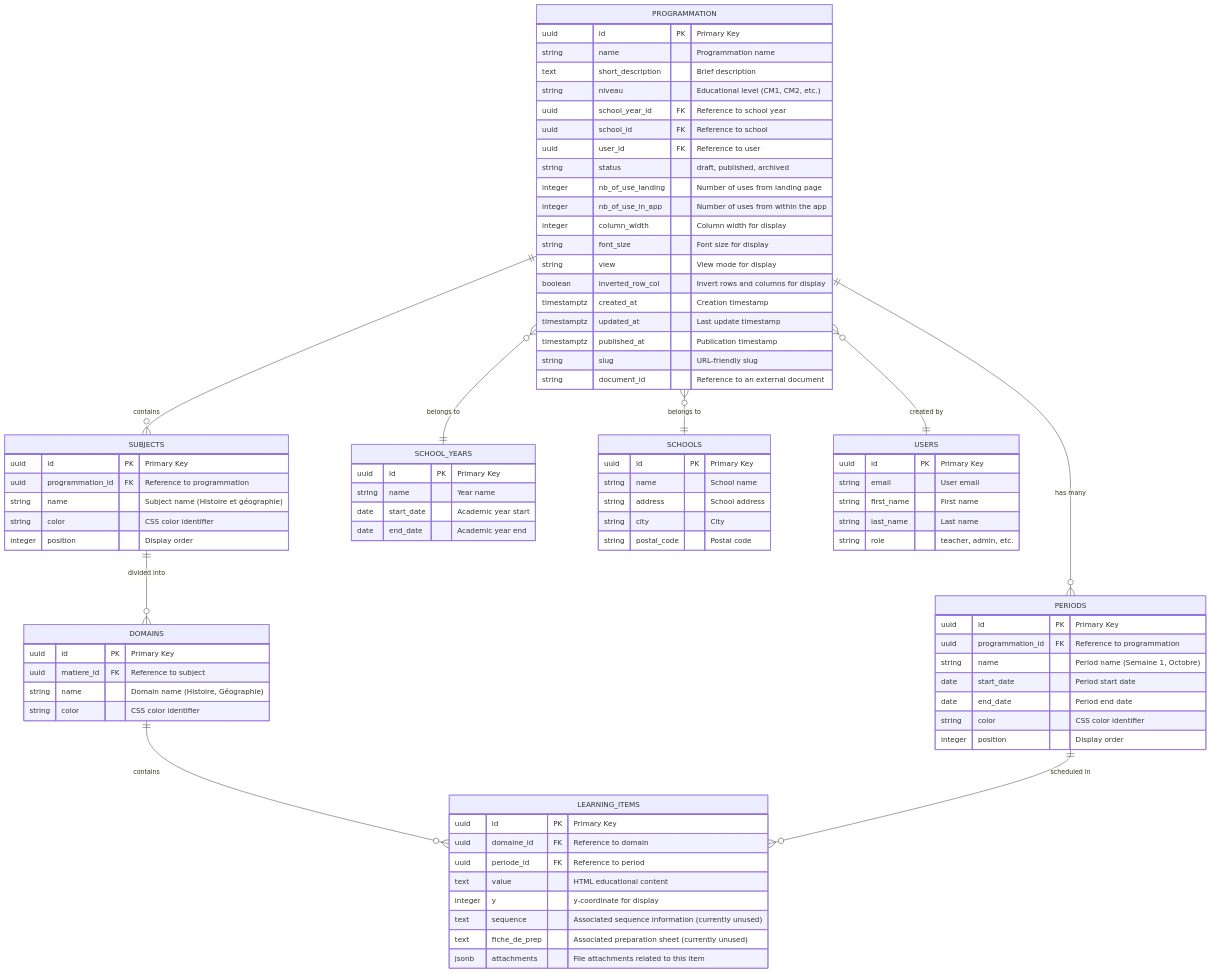
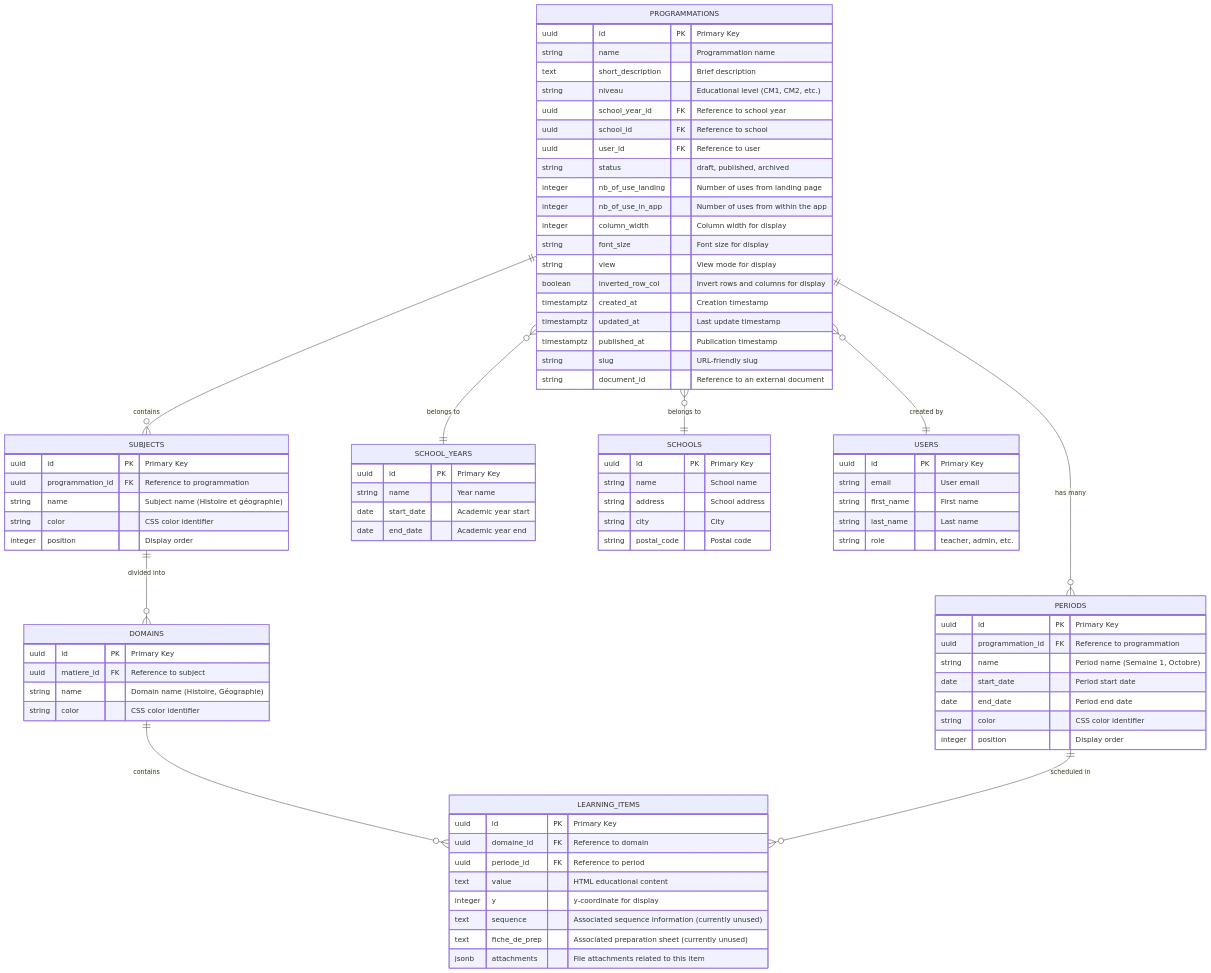
Before and after one commit to ghermet/teetsh-progression: the diagram in docs/diagrams/01-database-erd.mmd, drawn with Mermaid. The commit also changed 17 other files, not shown here.

```diff
--- a/docs/diagrams/01-database-erd.mmd
+++ b/docs/diagrams/01-database-erd.mmd
@@ -1,92 +1,92 @@
 erDiagram
-    PROGRAMMATION {
+    PROGRAMMATIONS {
         uuid id PK "Primary Key"
         string name "Programmation name"
         text short_description "Brief description"
         string niveau "Educational level (CM1, CM2, etc.)"
         uuid school_year_id FK "Reference to school year"
         uuid school_id FK "Reference to school"
         uuid user_id FK "Reference to user"
         string status "draft, published, archived"
         integer nb_of_use_landing "Number of uses from landing page"
         integer nb_of_use_in_app "Number of uses from within the app"
         integer column_width "Column width for display"
         string font_size "Font size for display"
         string view "View mode for display"
         boolean inverted_row_col "Invert rows and columns for display"
         timestamptz created_at "Creation timestamp"
         timestamptz updated_at "Last update timestamp"
         timestamptz published_at "Publication timestamp"
         string slug "URL-friendly slug"
         string document_id "Reference to an external document"
     }
 
     PERIODS {
         uuid id PK "Primary Key"
         uuid programmation_id FK "Reference to programmation"
         string name "Period name (Semaine 1, Octobre)"
         date start_date "Period start date"
         date end_date "Period end date"
         string color "CSS color identifier"
         integer position "Display order"
     }
 
     SUBJECTS {
         uuid id PK "Primary Key"
         uuid programmation_id FK "Reference to programmation"
         string name "Subject name (Histoire et géographie)"
         string color "CSS color identifier"
         integer position "Display order"
     }
 
     DOMAINS {
         uuid id PK "Primary Key"
         uuid matiere_id FK "Reference to subject"
         string name "Domain name (Histoire, Géographie)"
         string color "CSS color identifier"
     }
 
     LEARNING_ITEMS {
         uuid id PK "Primary Key"
         uuid domaine_id FK "Reference to domain"
         uuid periode_id FK "Reference to period"
         text value "HTML educational content"
         integer y "y-coordinate for display"
         text sequence "Associated sequence information (currently unused)"
         text fiche_de_prep "Associated preparation sheet (currently unused)"
         jsonb attachments "File attachments related to this item"
     }
 
     SCHOOL_YEARS {
         uuid id PK "Primary Key"
         string name "Year name"
         date start_date "Academic year start"
         date end_date "Academic year end"
     }
 
     SCHOOLS {
         uuid id PK "Primary Key"
         string name "School name"
         string address "School address"
         string city "City"
         string postal_code "Postal code"
     }
 
     USERS {
         uuid id PK "Primary Key"
         string email "User email"
         string first_name "First name"
         string last_name "Last name"
         string role "teacher, admin, etc."
     }
 
     %% Relationships
-    PROGRAMMATION ||--o{ PERIODS : "has many"
-    PROGRAMMATION ||--o{ SUBJECTS : "contains"
-    PROGRAMMATION }o--|| SCHOOL_YEARS : "belongs to"
-    PROGRAMMATION }o--|| SCHOOLS : "belongs to"
-    PROGRAMMATION }o--|| USERS : "created by"
+    PROGRAMMATIONS ||--o{ PERIODS : "has many"
+    PROGRAMMATIONS ||--o{ SUBJECTS : "contains"
+    PROGRAMMATIONS }o--|| SCHOOL_YEARS : "belongs to"
+    PROGRAMMATIONS }o--|| SCHOOLS : "belongs to"
+    PROGRAMMATIONS }o--|| USERS : "created by"
     
     SUBJECTS ||--o{ DOMAINS : "divided into"
     DOMAINS ||--o{ LEARNING_ITEMS : "contains"
     PERIODS ||--o{ LEARNING_ITEMS : "scheduled in"
```
